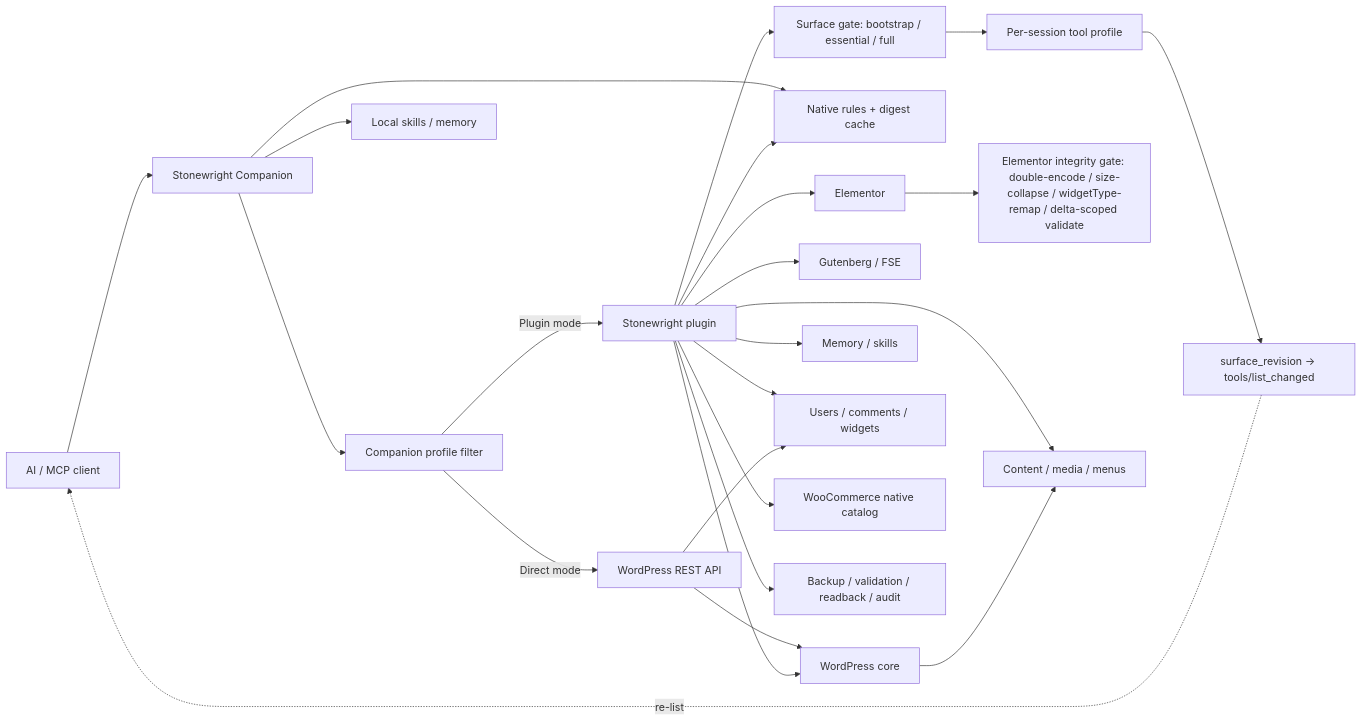
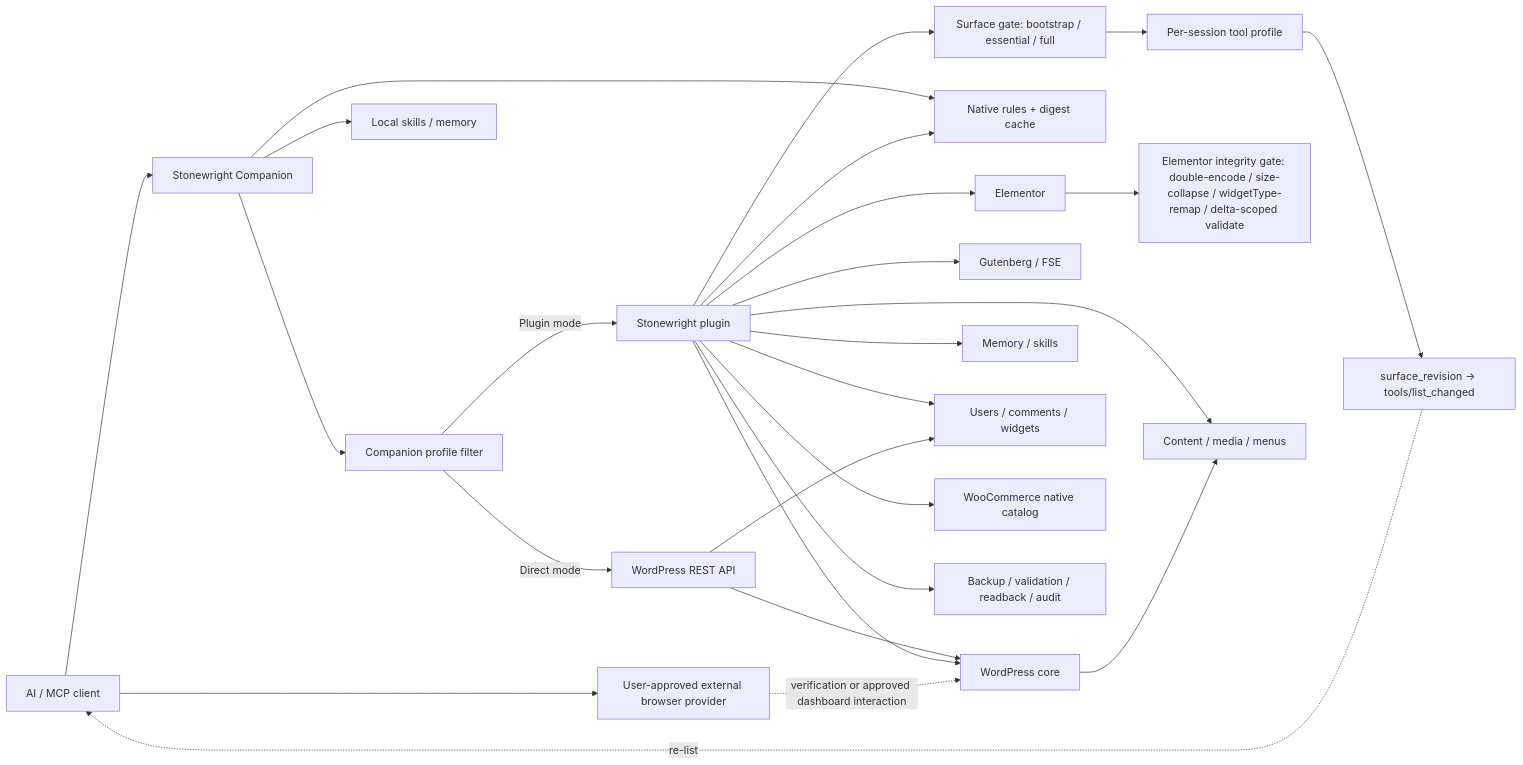
One commit to cosmincraciun97/stonewright-wp-mcp changed the diagram in README.md. Above: the diagram before and after it, drawn with Mermaid. The commit also changed other lines of this file and 32 other files, not shown here.

````diff
--- a/README.md
+++ b/README.md
@@ -306,45 +306,48 @@
 ```mermaid
 flowchart LR
   Client[AI / MCP client]
+  Browser[User-approved external browser provider]
   Companion[Stonewright Companion]
   CompFilter[Companion profile filter]
   Plugin[Stonewright plugin]
   Surface[Surface gate: bootstrap / essential / full]
   Session[Per-session tool profile]
   Rev[surface_revision -> tools/list_changed]
   REST[WordPress REST API]
   Rules[Native rules + digest cache]
   WP[WordPress core]
   Guten[Gutenberg / FSE]
   Elem[Elementor]
   Integrity[Elementor integrity gate: double-encode / size-collapse / widgetType-remap / delta-scoped validate]
   Content[Content / media / menus]
   Mem[Memory / skills]
   Users[Users / comments / widgets]
   WC[WooCommerce native catalog]
   Gates[Backup / validation / readback / audit]
 
   Client --> Companion
+  Client --> Browser
   Companion --> CompFilter
   Companion --> Rules
   CompFilter -->|Plugin mode| Plugin
   CompFilter -->|Direct mode| REST
   Companion --> Skills[Local skills / memory]
   Plugin --> Surface
   Surface --> Session
   Session --> Rev
   Rev -. re-list .-> Client
   Plugin --> Gates
   Plugin --> Rules
   Plugin --> Guten
   Plugin --> Elem
   Elem --> Integrity
   Plugin --> Content
   Plugin --> Mem
   Plugin --> Users
   Plugin --> WC
   REST --> Users
   REST --> WP
   WP --> Content
   Plugin --> WP
+  Browser -. verification or approved dashboard interaction .-> WP
 ```
````
